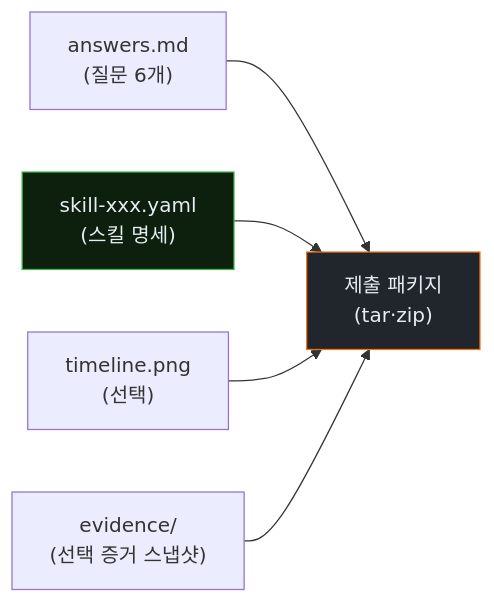
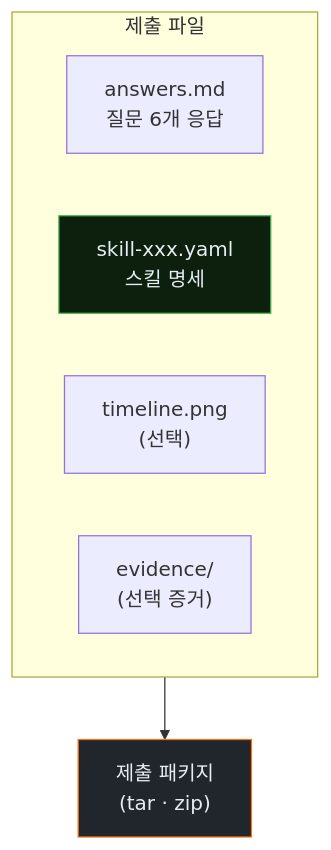
One commit to mrgrit/ccc changed the third of 5 diagrams in contents/education/course19-agent-incident-response/week08/lecture.md. Above: the diagram before and after it, drawn with Mermaid. The commit also changed other lines of this file and 5 other files, not shown here.

First line of the commit message:
docs(course19): w9 상세화 + 기존 LR 다이어그램을 TB로 전환

````diff
--- a/contents/education/course19-agent-incident-response/week08/lecture.md
+++ b/contents/education/course19-agent-incident-response/week08/lecture.md
@@ -250,11 +250,13 @@
 ```mermaid
-flowchart LR
-    A["answers.md<br/>(질문 6개)"]
-    S["skill-xxx.yaml<br/>(스킬 명세)"]
-    T["timeline.png<br/>(선택)"]
-    E["evidence/<br/>(선택 증거 스냅샷)"]
-    P["제출 패키지<br/>(tar·zip)"]
-    A & S & T & E --> P
+flowchart TB
+    subgraph Files["제출 파일"]
+      A["answers.md<br/>질문 6개 응답"]
+      S["skill-xxx.yaml<br/>스킬 명세"]
+      T["timeline.png<br/>(선택)"]
+      E["evidence/<br/>(선택 증거)"]
+    end
+    P["제출 패키지<br/>(tar · zip)"]
+    Files --> P
     style S fill:#0d1f0d,stroke:#3fb950,color:#e6edf3
     style P fill:#21262d,stroke:#f97316,color:#e6edf3
 ```
````
